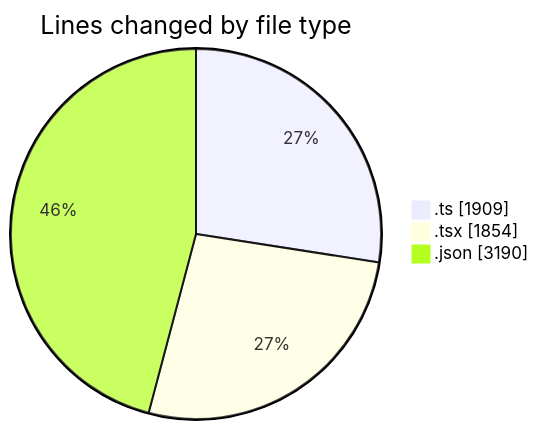
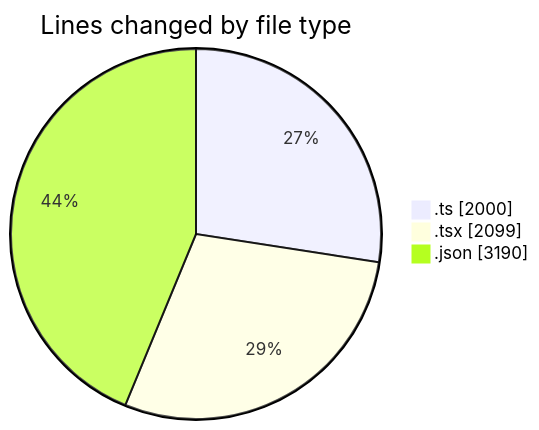
One commit to julien-gomy/code-tracking changed the first of 2 diagrams in 2025-10-23/eventscop-frontend-guide__workspace_/README.md. Above: the diagram before and after it, drawn with Mermaid. The commit also changed other lines of this file and 1 other file, not shown here.

````diff
--- a/2025-10-23/eventscop-frontend-guide__workspace_/README.md
+++ b/2025-10-23/eventscop-frontend-guide__workspace_/README.md
@@ -34,7 +36,7 @@
 ```mermaid
 pie showData
 title Lines changed by file type
-".ts" : 1909
-".tsx" : 1854
+".ts" : 2000
+".tsx" : 2099
 ".json" : 3190
 ```
````
